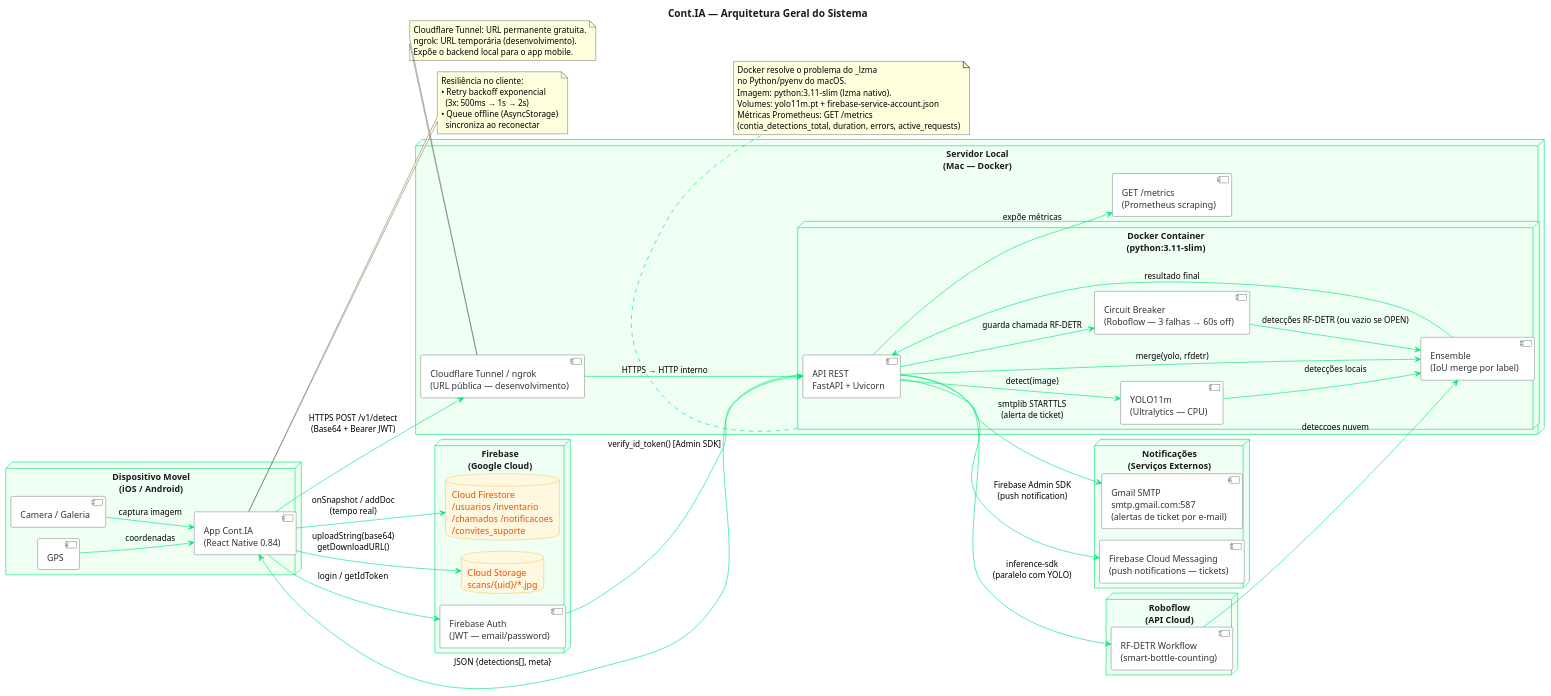
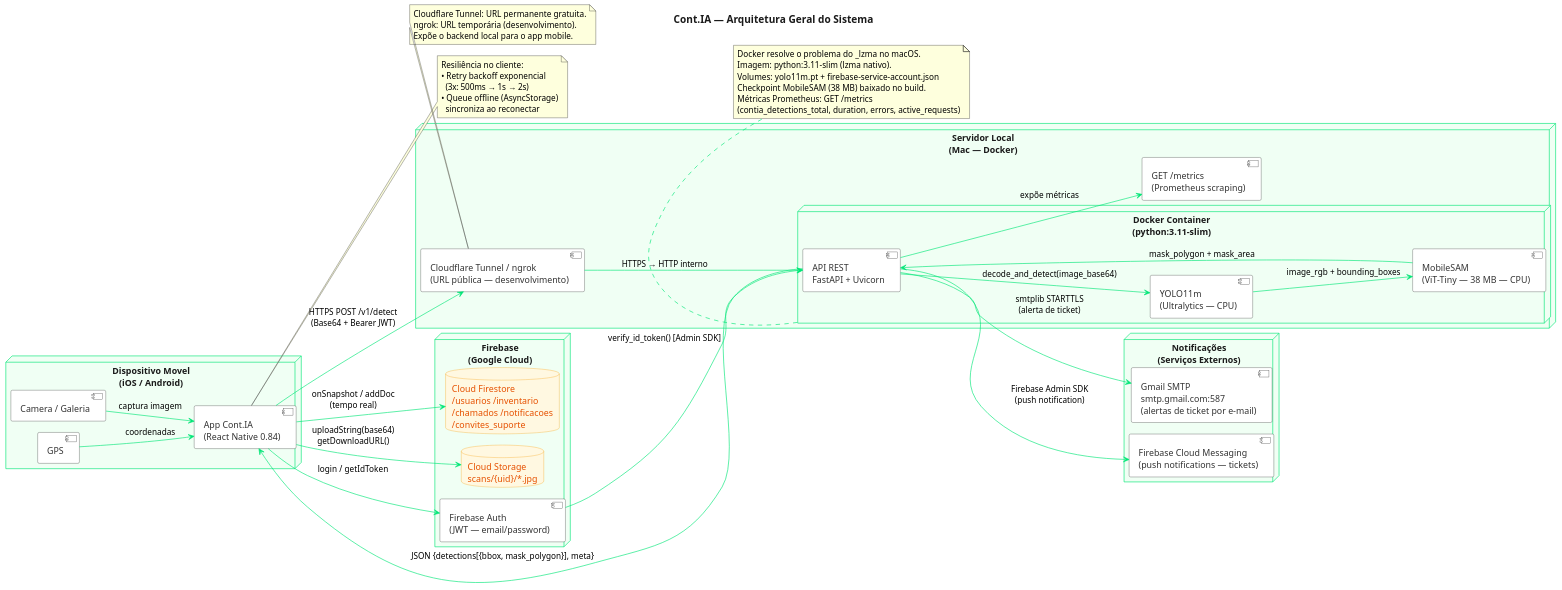
The diagram in docs/diagramas/07_arquitetura.puml (JuBertoldo/cont-ia), drawn with PlantUML before and after one commit. The commit also changed 8 other files, not shown here.

First line of the commit message:
docs(diagramas): atualizar 9 diagramas PlantUML para pipeline YOLO11 + MobileSAM

```diff
--- a/docs/diagramas/07_arquitetura.puml
+++ b/docs/diagramas/07_arquitetura.puml
@@ -1,117 +1,105 @@
 @startuml 07_arquitetura
 !pragma layout smetana
 title Cont.IA — Arquitetura Geral do Sistema
 
 skinparam backgroundColor #FFFFFF
 skinparam nodeBackgroundColor #F0FFF4
 skinparam nodeBorderColor #00E676
 skinparam nodeFontColor #1A1A1A
 skinparam componentBackgroundColor #FFFFFF
 skinparam componentBorderColor #333333
 skinparam componentFontColor #333333
 skinparam arrowColor #00E676
 skinparam titleFontColor #1A1A1A
 skinparam titleFontSize 16
 skinparam databaseBackgroundColor #FFF8E1
 skinparam databaseBorderColor #F59E0B
 skinparam databaseFontColor #E65100
 
 left to right direction
 
 ' ── App Mobile ───────────────────────────────────────────────────────────────
 
 node "Dispositivo Movel\n(iOS / Android)" as MOBILE {
     component "App Cont.IA\n(React Native 0.84)" as APP
     component "Camera / Galeria" as CAM
     component "GPS" as GPS
     CAM --> APP : captura imagem
     GPS --> APP : coordenadas
 }
 
 ' ── Infraestrutura do Backend ────────────────────────────────────────────────
 
 node "Servidor Local\n(Mac — Docker)" as SERVER {
 
     node "Docker Container\n(python:3.11-slim)" as DOCKER {
         component "API REST\nFastAPI + Uvicorn" as API
         component "YOLO11m\n(Ultralytics — CPU)" as YOLO
-        component "Ensemble\n(IoU merge por label)" as NMS
-        component "Circuit Breaker\n(Roboflow — 3 falhas → 60s off)" as CB
+        component "MobileSAM\n(ViT-Tiny — 38 MB — CPU)" as SAM
 
-        API --> YOLO : detect(image)
-        API --> CB : guarda chamada RF-DETR
-        CB --> NMS : detecções RF-DETR (ou vazio se OPEN)
-        API --> NMS : merge(yolo, rfdetr)
-        YOLO --> NMS : detecções locais
+        API --> YOLO : decode_and_detect(image_base64)
+        YOLO --> SAM : image_rgb + bounding_boxes
+        SAM --> API : mask_polygon + mask_area
     }
 
     component "Cloudflare Tunnel / ngrok\n(URL pública — desenvolvimento)" as TUNNEL
     component "GET /metrics\n(Prometheus scraping)" as METRICS
     TUNNEL --> API : HTTPS → HTTP interno
     API --> METRICS : expõe métricas
 }
 
 ' ── Servicos de Notificacao (externos, acionados pelo backend) ───────────────
 
 node "Notificações\n(Serviços Externos)" as NOTIF {
     component "Gmail SMTP\nsmtp.gmail.com:587\n(alertas de ticket por e-mail)" as GMAIL
     component "Firebase Cloud Messaging\n(push notifications — tickets)" as FCM_PUSH
 }
 
-' ── Roboflow (API externa) ───────────────────────────────────────────────────
-
-node "Roboflow\n(API Cloud)" as ROBOFLOW {
-    component "RF-DETR Workflow\n(smart-bottle-counting)" as RFDETR
-}
-
 ' ── Firebase (Google Cloud) ──────────────────────────────────────────────────
 
 node "Firebase\n(Google Cloud)" as FIREBASE {
     database "Cloud Firestore\n/usuarios /inventario\n/chamados /notificacoes\n/convites_suporte" as FS
     database "Cloud Storage\nscans/{uid}/*.jpg" as STORAGE
     component "Firebase Auth\n(JWT — email/password)" as AUTH
 }
 
 ' ── Conexoes ─────────────────────────────────────────────────────────────────
 
 APP --> TUNNEL : HTTPS POST /v1/detect\n(Base64 + Bearer JWT)
-API --> RFDETR : inference-sdk\n(paralelo com YOLO)
-RFDETR --> NMS : deteccoes nuvem
-NMS --> API : resultado final
-API --> APP : JSON {detections[], meta}
+API --> APP : JSON {detections[{bbox, mask_polygon}], meta}
 
 APP --> AUTH : login / getIdToken
 AUTH --> API : verify_id_token() [Admin SDK]
 
 API --> GMAIL : smtplib STARTTLS\n(alerta de ticket)
 API --> FCM_PUSH : Firebase Admin SDK\n(push notification)
 
 APP --> FS : onSnapshot / addDoc\n(tempo real)
 APP --> STORAGE : uploadString(base64)\ngetDownloadURL()
 
 note right of APP
   Resiliência no cliente:
   • Retry backoff exponencial
     (3x: 500ms → 1s → 2s)
   • Queue offline (AsyncStorage)
     sincroniza ao reconectar
 end note
 
 ' ── Nota ─────────────────────────────────────────────────────────────────────
 
 note bottom of DOCKER
-  Docker resolve o problema do _lzma
-  no Python/pyenv do macOS.
+  Docker resolve o problema do _lzma no macOS.
   Imagem: python:3.11-slim (lzma nativo).
   Volumes: yolo11m.pt + firebase-service-account.json
+  Checkpoint MobileSAM (38 MB) baixado no build.
   Métricas Prometheus: GET /metrics
   (contia_detections_total, duration, errors, active_requests)
 end note
 
 note bottom of TUNNEL
   Cloudflare Tunnel: URL permanente gratuita.
   ngrok: URL temporária (desenvolvimento).
   Expõe o backend local para o app mobile.
 end note
 
 @enduml
```
